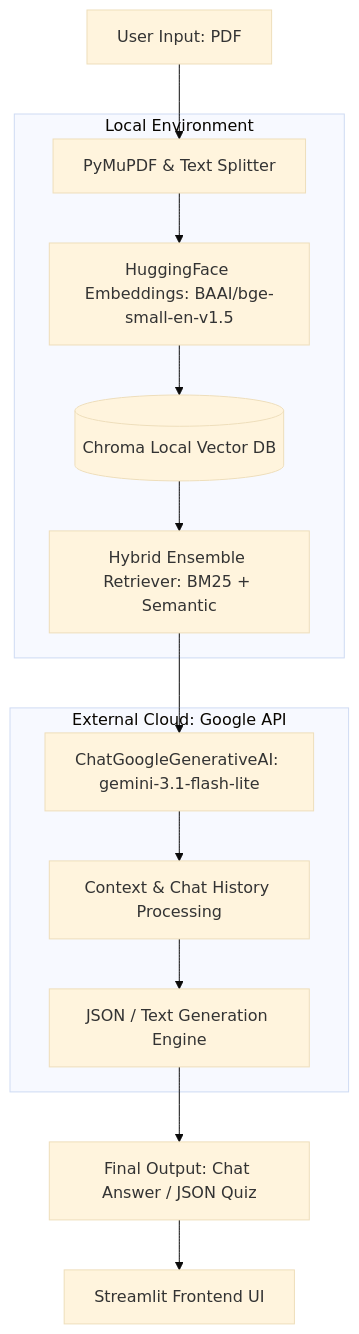
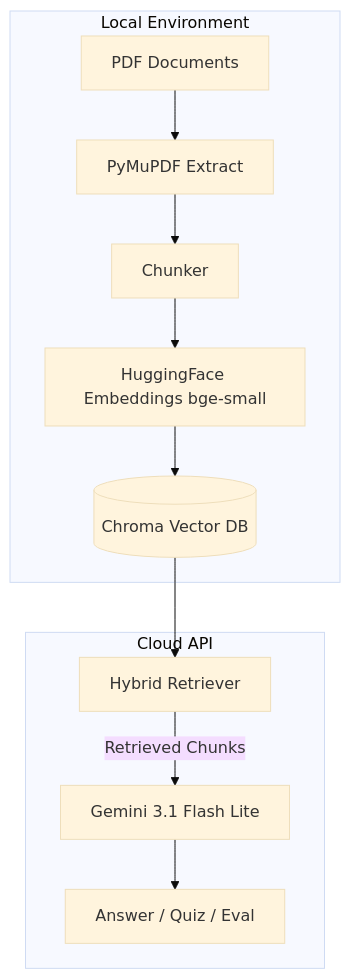
The diagram in docs/ADR1.md (vaishnaviomkaram/Internship-1), drawn with Mermaid (base theme) before and after one commit. The commit also changed other lines of this file, not shown here.

First line of the commit message:
Revise ADR-001 for text generation strategy

````diff
--- a/docs/ADR1.md
+++ b/docs/ADR1.md
@@ -66,19 +65,15 @@
 ```mermaid
 graph TD
-    A[User Input: PDF] --> B[PyMuPDF & Text Splitter]
-    
-    subgraph Local_Environment [Local Environment]
-        B --> C[HuggingFace Embeddings: BAAI/bge-small-en-v1.5]
-        C --> D[(Chroma Local Vector DB)]
-        D --> E[Hybrid Ensemble Retriever: BM25 + Semantic]
+    subgraph Local Environment
+        A[PDF Documents] --> B[PyMuPDF Extract]
+        B --> C[Chunker]
+        C --> D[HuggingFace Embeddings bge-small]
+        D --> E[(Chroma Vector DB)]
     end
-    
-    subgraph External_Cloud [External Cloud: Google API]
-        E --> F[ChatGoogleGenerativeAI: gemini-3.1-flash-lite]
-        F --> G[Context & Chat History Processing]
-        G --> H[JSON / Text Generation Engine]
+
+    subgraph Cloud API
+        E --> F[Hybrid Retriever]
+        F -->|Retrieved Chunks| G[Gemini 3.1 Flash Lite]
+        G --> H[Answer / Quiz / Eval]
     end
-    
-    H --> I[Final Output: Chat Answer / JSON Quiz]
-    I --> J[Streamlit Frontend UI]
 ```
````
